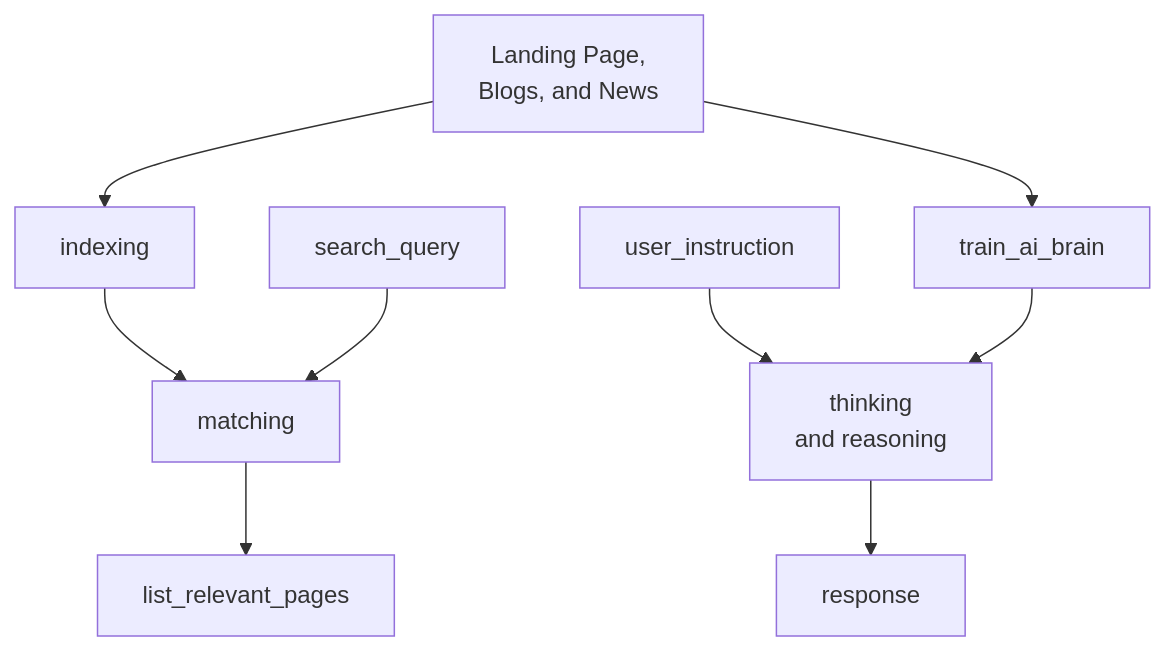
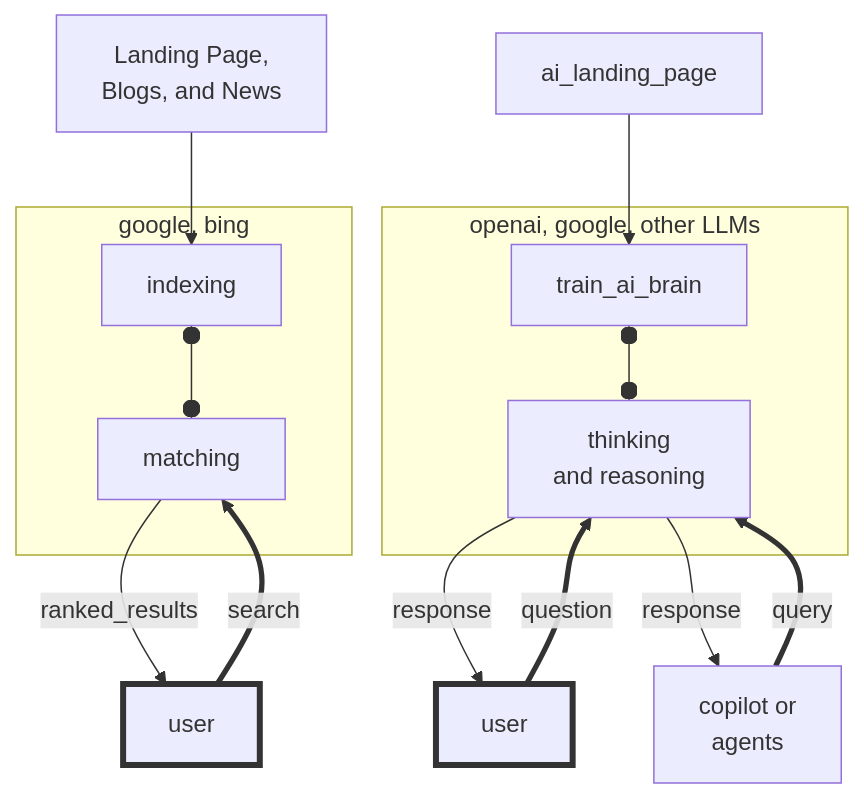
The diagram in diagrams/trad_ai_content_marketing.mmd (kirilligum/prls.co), drawn with Mermaid before and after one commit. The commit also changed 1 other file, not shown here.

```diff
--- a/diagrams/trad_ai_content_marketing.mmd
+++ b/diagrams/trad_ai_content_marketing.mmd
@@ -1,10 +1,26 @@
 graph TD
-landing_page["Landing Page,<br/>Blogs, and News"] -->indexing
-indexing -->matching
-search_query -->matching
-matching -->list_relevant_pages
+subgraph search["google, bing"]
+indexing
+matching
+end
+landing_page["Landing Page,<br/>Blogs, and News"]
+landing_page -->indexing
+indexing o--o matching
+search_user["user"] ==>|search|matching
+matching -->|ranked_results|search_user
 
-landing_page -->train_ai_brain
-user_instruction -->thinking["thinking<br/>and reasoning"]
-train_ai_brain -->thinking
-thinking -->response
+style search_user stroke:#333,stroke-width:4px
+
+
+subgraph ai["openai, google, other LLMs"]
+train_ai_brain
+thinking["thinking<br/>and reasoning"]
+end
+ai_landing_page -->train_ai_brain
+ai_user["user"] ==>|question|thinking
+ca["copilot or<br/>agents"] ==>|query|thinking
+train_ai_brain o--o thinking
+thinking -->|response|ai_user
+thinking -->|response|ca
+
+style ai_user stroke:#333,stroke-width:4px
```
